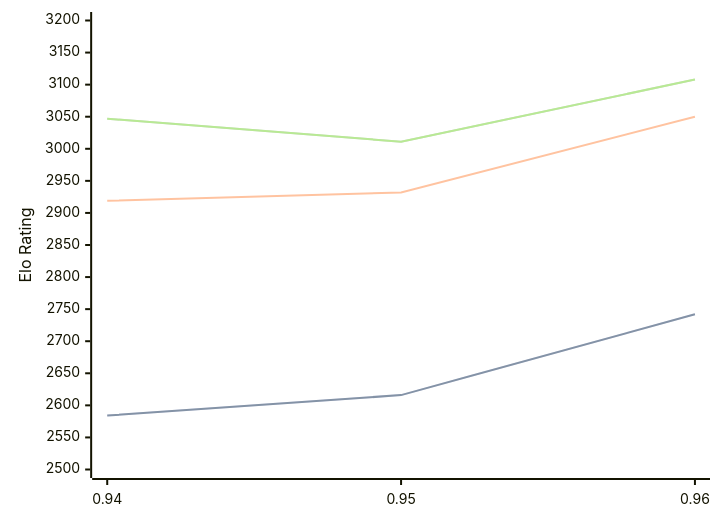
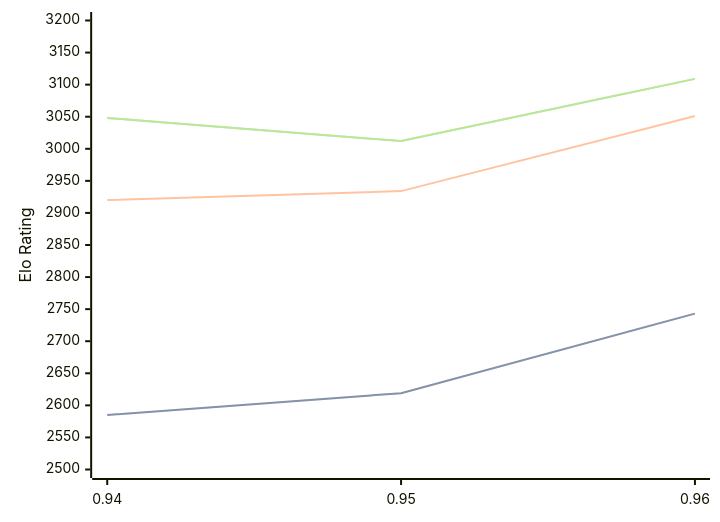
The diagram in engines/Myrddin.md (computer-chess-index/cci), drawn with Mermaid before and after one commit. The commit also changed other lines of this file, not shown here.

Commit message:
Update CCI Ratings (ELO VLTC) - 2026-08-09

````diff
--- a/engines/Myrddin.md
+++ b/engines/Myrddin.md
@@ -33,11 +33,11 @@
 ```mermaid
 %%{init: {"theme":"base","themeVariables":{"seriesColors:['#a3a3a3','#222221','#faa371']}}}%%
 xychart-beta
   x-axis ["0.94", "0.95", "0.96"]
   y-axis "Elo Rating" 2500 --> 3200
-  line "STC (8.0+0.08s)" [2584, 2616, 2742]
-  line "STC (8.0+0.08s)" [2584, 2616, 2742]
-  line "LTC (60.0+0.60s)" [2919, 2932, 3050]
-  line "VLTC (2m24s+1.12s)" [3047, 3011, 3108]
-  line "VLTC (2m24s+1.12s)" [3047, 3011, 3108]
+  line "STC (8.0+0.08s)" [2585, 2619, 2743]
+  line "STC (8.0+0.08s)" [2585, 2619, 2743]
+  line "LTC (60.0+0.60s)" [2920, 2934, 3051]
+  line "VLTC (2m24s+1.12s)" [3048, 3012, 3109]
+  line "VLTC (2m24s+1.12s)" [3048, 3012, 3109]
 ```
````
